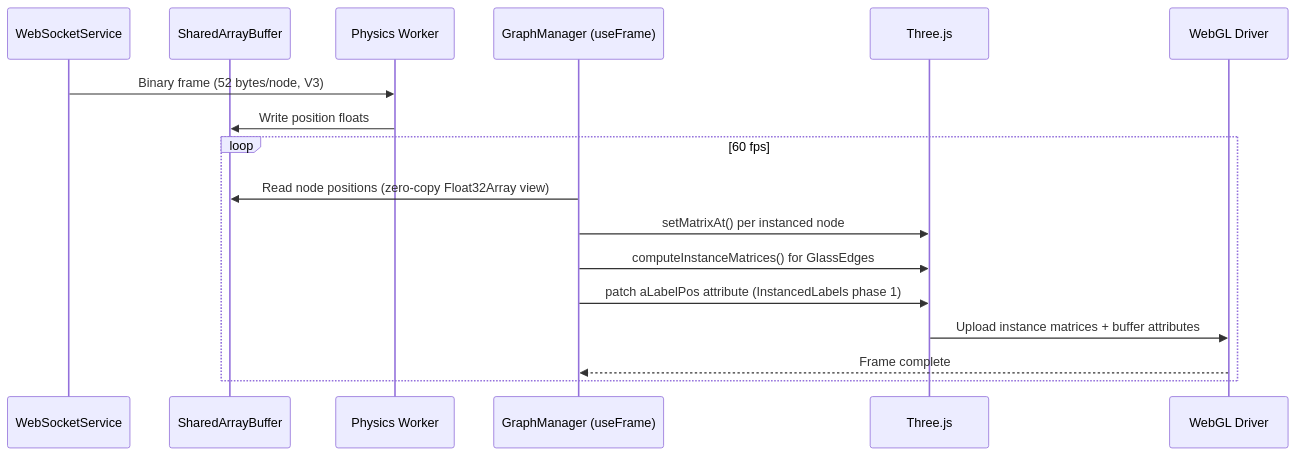
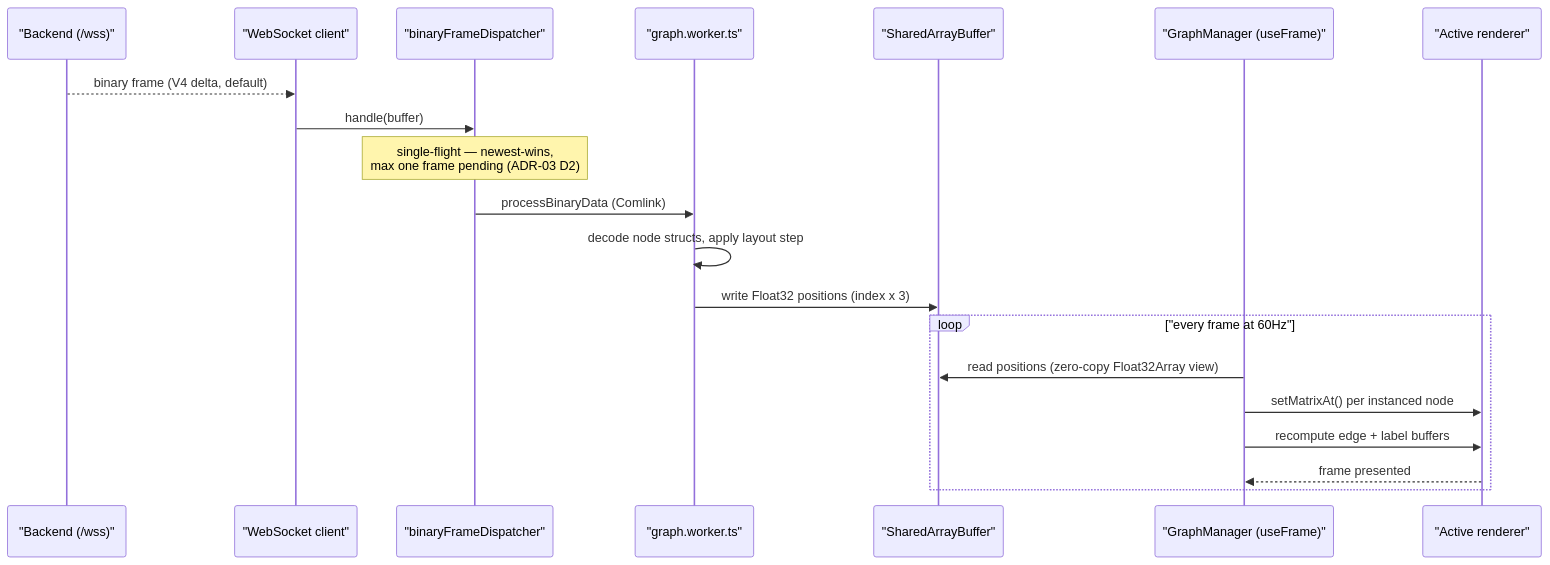
The fourth of 4 diagrams in docs/explanation/client-architecture.md (DreamLab-AI/AR-AI-Knowledge-Graph), drawn with Mermaid before and after one commit. The commit also changed other lines of this file and 455 other files, not shown here.

````diff
--- a/docs/explanation/client-architecture.md
+++ b/docs/explanation/client-architecture.md
@@ -98,21 +105,23 @@
 ```mermaid
 sequenceDiagram
-    participant WS as WebSocketService
-    participant SAB as SharedArrayBuffer
-    participant Worker as Physics Worker
-    participant GM as GraphManager (useFrame)
-    participant Three as Three.js
-    participant WebGL as WebGL Driver
+    participant Server as "Backend (/wss)"
+    participant WS as "WebSocket client"
+    participant Disp as "binaryFrameDispatcher"
+    participant Worker as "graph.worker.ts"
+    participant SAB as "SharedArrayBuffer"
+    participant GM as "GraphManager (useFrame)"
+    participant GPU as "Active renderer"
 
-    WS->>Worker: Binary frame (52 bytes/node, V3)
-    Worker->>SAB: Write position floats
-
-    loop 60 fps
-        GM->>SAB: Read node positions (zero-copy Float32Array view)
-        GM->>Three: setMatrixAt() per instanced node
-        GM->>Three: computeInstanceMatrices() for GlassEdges
-        GM->>Three: patch aLabelPos attribute (InstancedLabels phase 1)
-        Three->>WebGL: Upload instance matrices + buffer attributes
-        WebGL-->>GM: Frame complete
+    Server-->>WS: binary frame (V4 delta, default)
+    WS->>Disp: handle(buffer)
+    Note over Disp: single-flight — newest-wins,<br/>max one frame pending (ADR-03 D2)
+    Disp->>Worker: processBinaryData (Comlink)
+    Worker->>Worker: decode node structs, apply layout step
+    Worker->>SAB: write Float32 positions (index x 3)
+    loop "every frame at 60Hz"
+        GM->>SAB: read positions (zero-copy Float32Array view)
+        GM->>GPU: setMatrixAt() per instanced node
+        GM->>GPU: recompute edge + label buffers
+        GPU-->>GM: frame presented
     end
 ```
````
